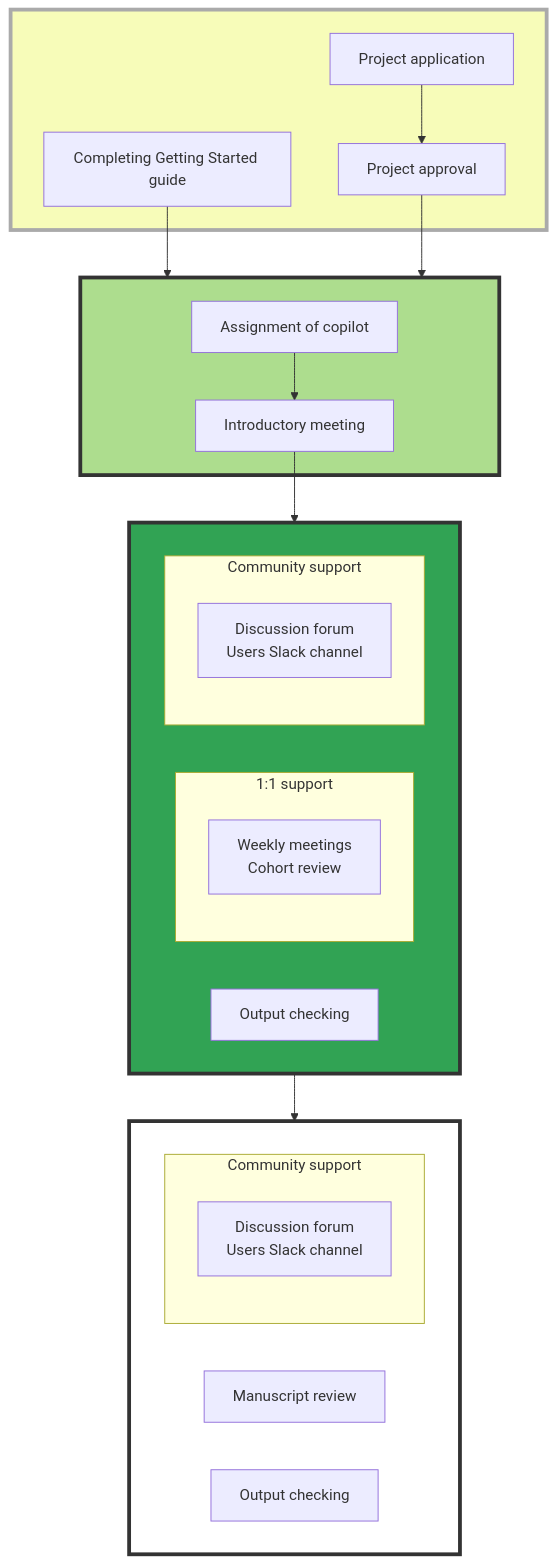
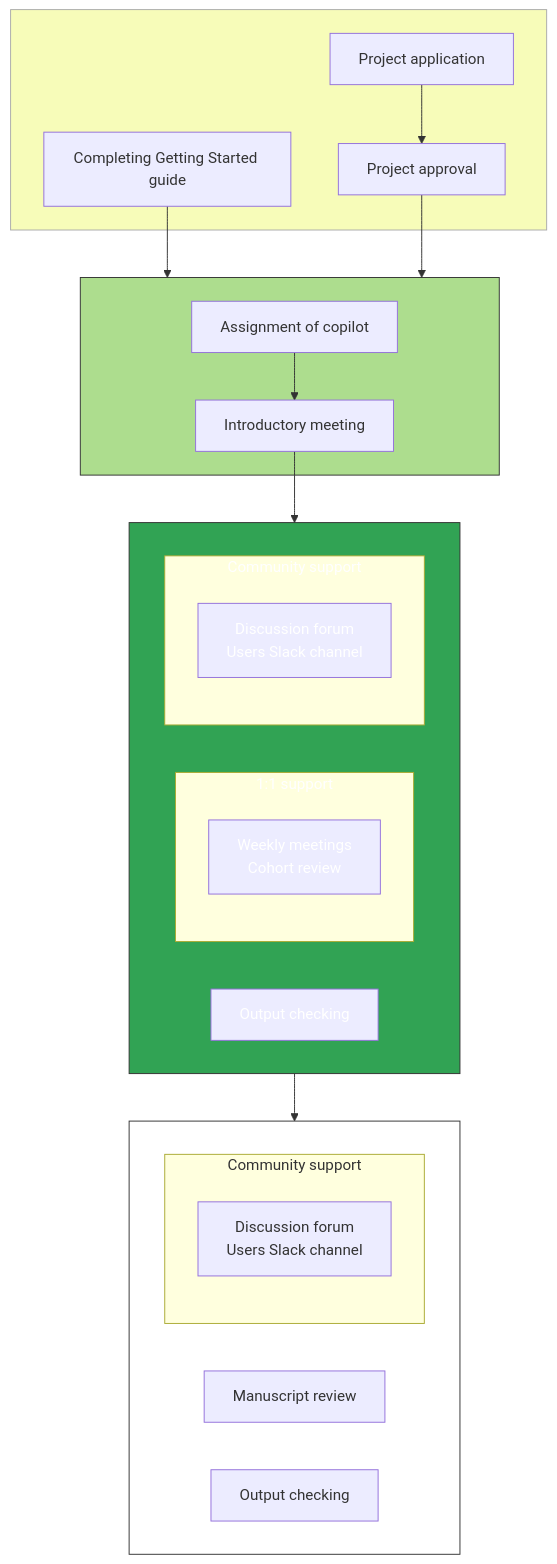
One commit to opensafely/documentation changed the diagram in docs/copiloting-service.md. Above: the diagram before and after it, drawn with Mermaid. The commit also changed other lines of this file, not shown here.

Commit message:
Fix mermaid graph styling

````diff
--- a/docs/copiloting-service.md
+++ b/docs/copiloting-service.md
@@ -29,38 +29,43 @@
 ```mermaid
-graph TD
+flowchart TD
     subgraph setup_stage[" "]
         application_submission[Project application]
         application_approval[Project approval]
         application_submission --> application_approval
         getting_started[Completing Getting Started guide]
     end
     subgraph assignment_stage[" "]
             copilot_assignment[Assignment of copilot]
             introductory_meeting[Introductory meeting]
             copilot_assignment --> introductory_meeting
     end
     subgraph copiloting_stage[" "]
         subgraph dedicated_support[1:1 support]
             active_copiloting[Weekly meetings\nCohort review]
         end
         subgraph wider_support[Community support]
             wider_support_details[Discussion forum\nUsers Slack channel]
         end
         output_checking[Output checking]
     end
     subgraph post_copiloting_stage[" "]
         subgraph wider_support_post[Community support]
             wider_support_details_post[Discussion forum\nUsers Slack channel]
         end
         manuscript_review[Manuscript review]
         output_checking_post[Output checking]
     end
     getting_started --> assignment_stage
     application_approval --> assignment_stage
     introductory_meeting --> copiloting_stage
     copiloting_stage --> post_copiloting_stage
-    style setup_stage fill:#f7fcb9,stroke:#AAA,stroke-width:4px
-    style assignment_stage fill:#addd8e,stroke:#333,stroke-width:4px
-    style copiloting_stage fill:#31a354,stroke:#333,stroke-width:4px
-    style post_copiloting_stage fill:#fff,stroke:#333,stroke-width:4px
+    style setup_stage fill:#f7fcb9,stroke:#aaa
+    style assignment_stage fill:#addd8e,stroke:#333
+    style copiloting_stage fill:#31a354,stroke:#333
+    style dedicated_support color:white
+    style active_copiloting color:white
+    style wider_support color:white
+    style wider_support_details color:white
+    style output_checking color:white
+    style post_copiloting_stage fill:#fff,stroke:#333
 ```
````
